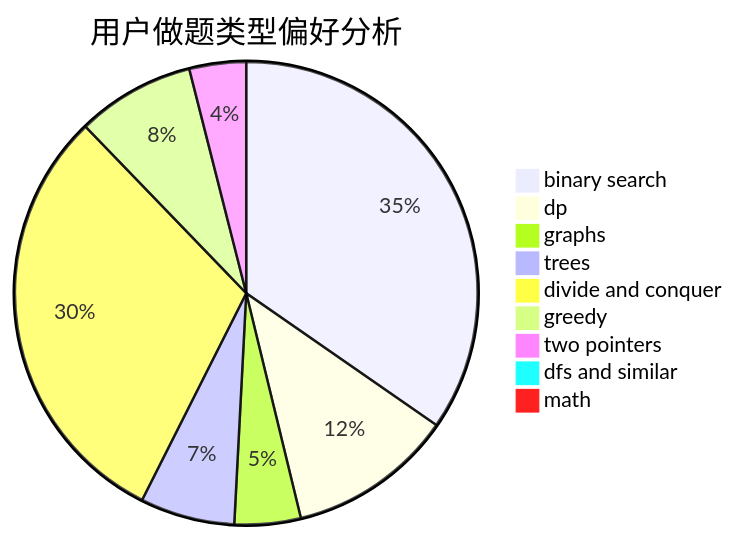
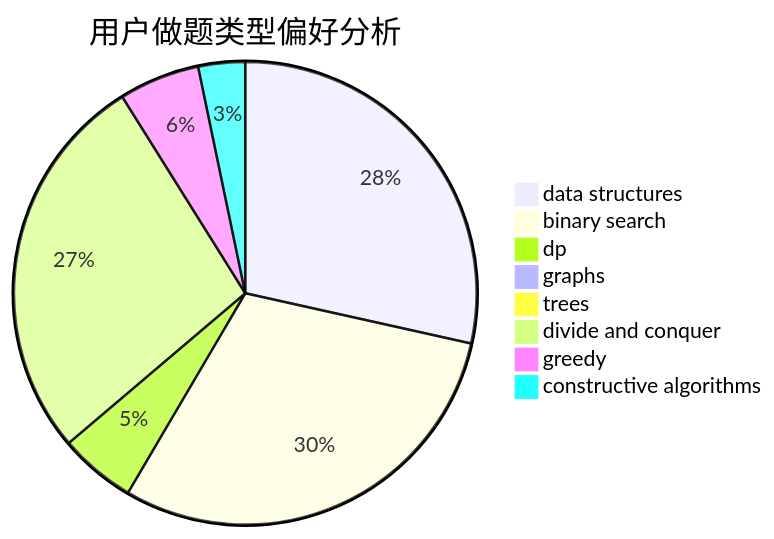
The second of 3 diagrams in docs/user/u1800.md (sherpahu/cfrs.github.io), drawn with Mermaid before and after one commit. The commit also changed other lines of this file and 2775 other files, not shown here.

````diff
--- a/docs/user/u1800.md
+++ b/docs/user/u1800.md
@@ -23,12 +23,11 @@
 ```mermaid
 pie title 用户做题类型偏好分析
-    "binary search" :  105
-    "dp" :  35
-    "graphs" :  14
-    "trees" :  20
+    "data structures" :  96
+    "binary search" :  101
+    "dp" :  18
+    "graphs" :  0
+    "trees" :  0
     "divide and conquer" :  92
-    "greedy" :  25
-    "two pointers" :  12
-    "dfs and similar" :  0
-    "math" :  0
+    "greedy" :  19
+    "constructive algorithms" :  11
 ```
````
